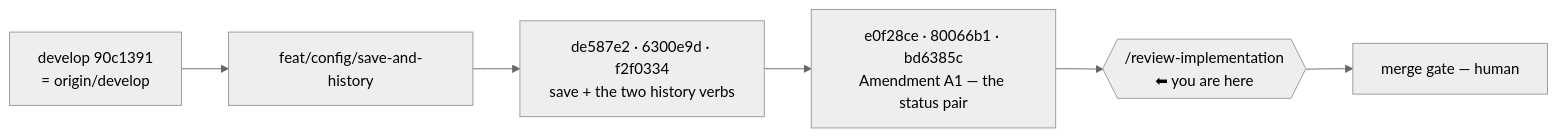
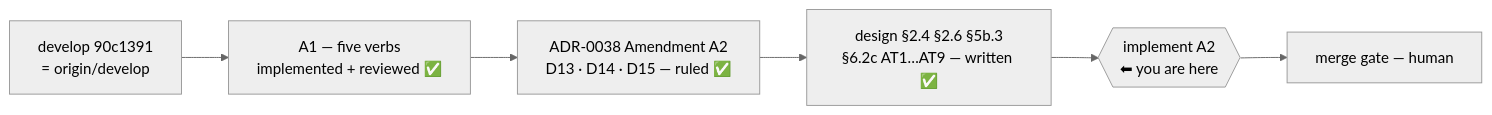
The diagram in docs/maintainers/handoff.md (alergyonthestage/claude-orchestrator), drawn with Mermaid (neutral theme) before and after one commit. The commit also changed other lines of this file, not shown here.

First line of the commit message:
docs(handoff): close A1's review and open A2's implementation phase

````diff
--- a/docs/maintainers/handoff.md
+++ b/docs/maintainers/handoff.md
@@ -17,8 +16,8 @@
 ```mermaid
 flowchart LR
-    DEV["develop 90c1391<br/>= origin/develop"] --> B["feat/config/save-and-history"]
-    B --> C1["de587e2 · 6300e9d · f2f0334<br/>save + the two history verbs"]
-    C1 --> C2["e0f28ce · 80066b1 · bd6385c<br/>Amendment A1 — the status pair"]
-    C2 --> R{{"/review-implementation<br/>⬅ you are here"}}
-    R --> M["merge gate — human"]
+    DEV["develop 90c1391<br/>= origin/develop"] --> A1["A1 — five verbs<br/>implemented + reviewed ✅"]
+    A1 --> ADR["ADR-0038 Amendment A2<br/>D13 · D14 · D15 — ruled ✅"]
+    ADR --> DES["design §2.4 §2.6 §5b.3<br/>§6.2c AT1…AT9 — written ✅"]
+    DES --> IMP{{"implement A2<br/>⬅ you are here"}}
+    IMP --> M["merge gate — human"]
 ```
````
